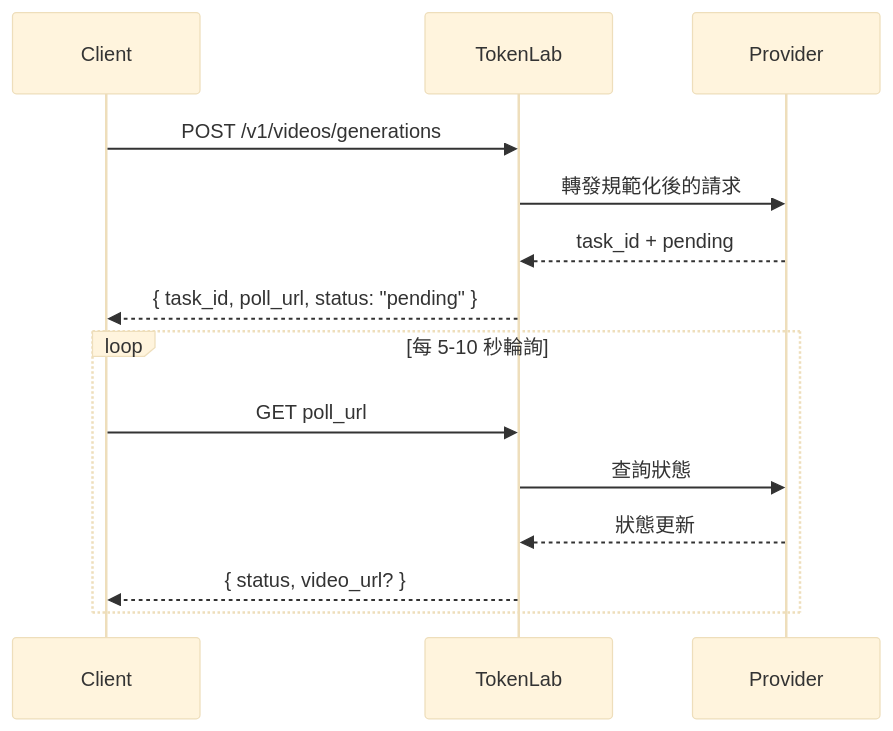
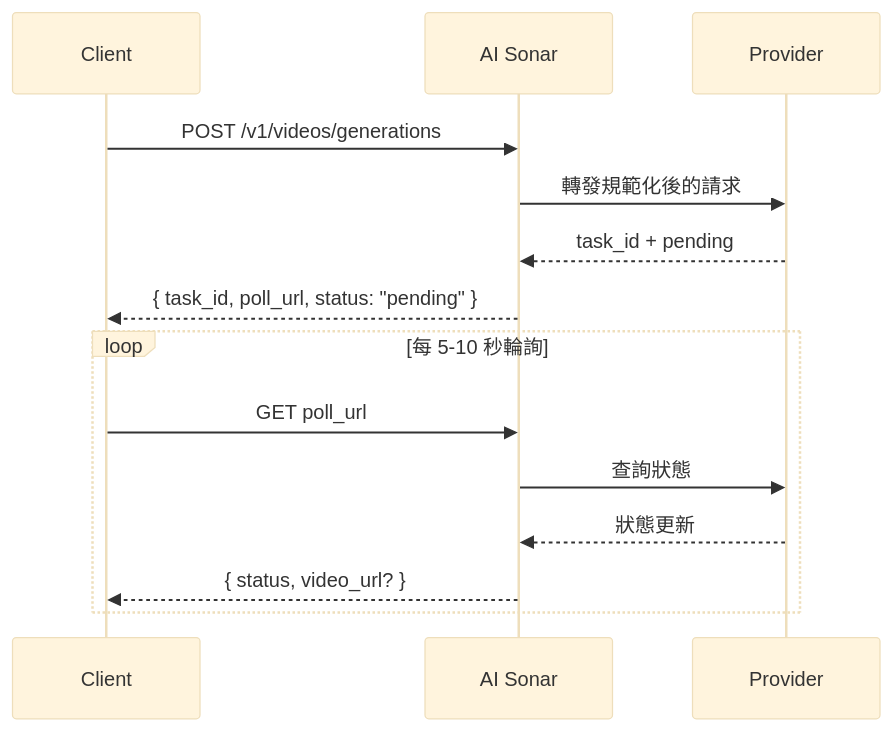
The diagram in zh-Hant/guides/video-generation.mdx (hedging8563/aisonar-docs), drawn with Mermaid (base theme) before and after one commit. The commit also changed other lines of this file and 1036 other files, not shown here.

````diff
--- a/zh-Hant/guides/video-generation.mdx
+++ b/zh-Hant/guides/video-generation.mdx
@@ -24,18 +24,18 @@
 ```mermaid
 sequenceDiagram
     participant Client
-    participant TokenLab
+    participant AI Sonar
     participant Provider
 
-    Client->>TokenLab: POST /v1/videos/generations
-    TokenLab->>Provider: 轉發規範化後的請求
-    Provider-->>TokenLab: task_id + pending
-    TokenLab-->>Client: { task_id, poll_url, status: "pending" }
+    Client->>AI Sonar: POST /v1/videos/generations
+    AI Sonar->>Provider: 轉發規範化後的請求
+    Provider-->>AI Sonar: task_id + pending
+    AI Sonar-->>Client: { task_id, poll_url, status: "pending" }
 
     loop 每 5-10 秒輪詢
-        Client->>TokenLab: GET poll_url
-        TokenLab->>Provider: 查詢狀態
-        Provider-->>TokenLab: 狀態更新
-        TokenLab-->>Client: { status, video_url? }
+        Client->>AI Sonar: GET poll_url
+        AI Sonar->>Provider: 查詢狀態
+        Provider-->>AI Sonar: 狀態更新
+        AI Sonar-->>Client: { status, video_url? }
     end
 ```
````
